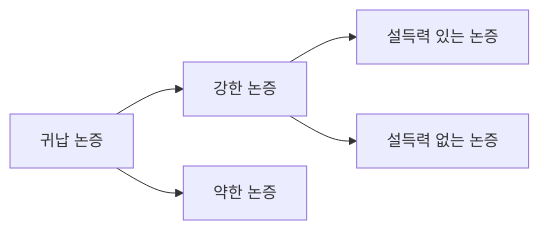
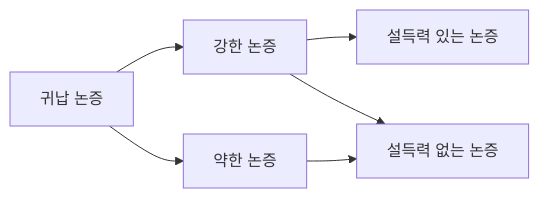
Before and after one commit to aliquis-facio/aliquis-facio.github.io: the second of 5 diagrams in _posts/LOGIC/2026-03-23-Classification-and-Evaluation-of-Arguments.md, drawn with Mermaid. The commit also changed other lines of this file and 1 other file, not shown here.

````diff
--- a/_posts/LOGIC/2026-03-23-Classification-and-Evaluation-of-Arguments.md
+++ b/_posts/LOGIC/2026-03-23-Classification-and-Evaluation-of-Arguments.md
@@ -195,8 +232,8 @@
 ```mermaid
 graph LR
     A[귀납 논증] --> B[강한 논증]
     A[귀납 논증] --> C[약한 논증]
-
+	C[약한 논증] --> E[설득력 없는 논증]
     B[강한 논증] --> D[설득력 있는 논증]
     B[강한 논증] --> E[설득력 없는 논증]
 ```
````
